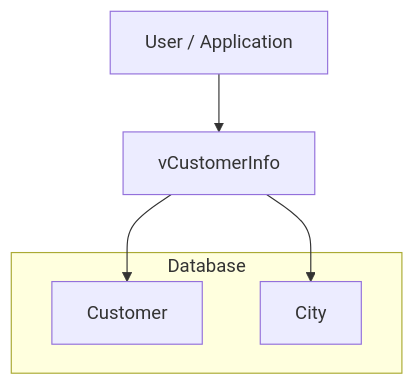
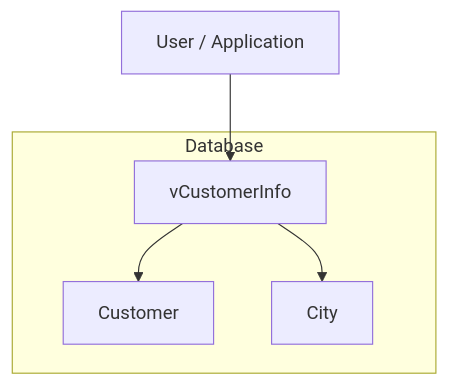
One commit to tjovic/database-design-labs-public changed the third of 4 diagrams in labs/lab01-views.md. Above: the diagram before and after it, drawn with Mermaid. The commit also changed other lines of this file, not shown here.

````diff
--- a/labs/lab01-views.md
+++ b/labs/lab01-views.md
@@ -453,14 +457,15 @@
 ```mermaid
 flowchart TD
     A[User / Application]
-    B[vCustomerInfo]
 
     subgraph DB[Database]
+        B[vCustomerInfo]
         C[Customer]
         D[City]
+
+        B --> C
+        B --> D
     end
 
     A --> B
-    B --> C
-    B --> D
 ```
````
